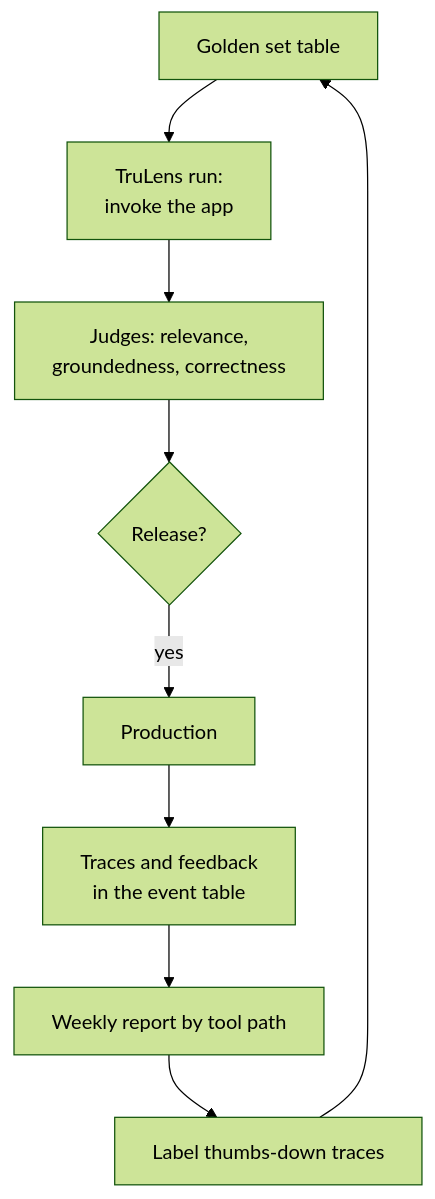
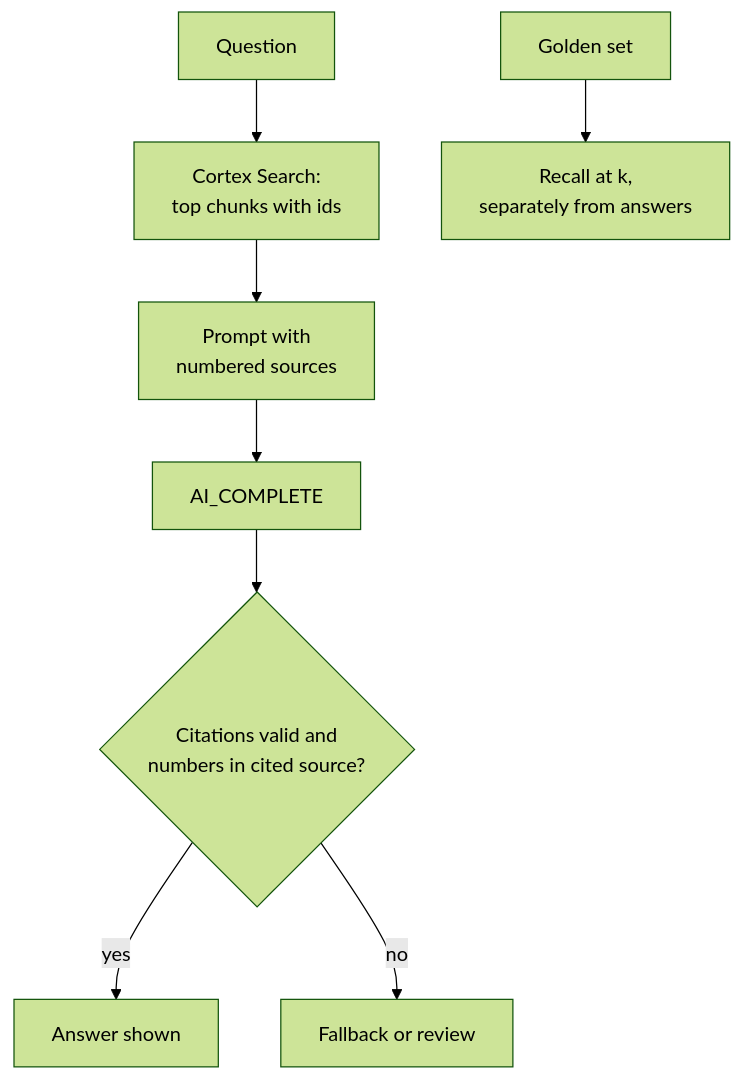
One commit to Abhi4972/AI-From-Zero-to-Hero changed the diagram in data/diagrams/a3314.mmd. Above: the diagram before and after it, drawn with Mermaid (forest theme). The commit also changed 74 other files, not shown here.

```diff
--- a/data/diagrams/a3314.mmd
+++ b/data/diagrams/a3314.mmd
@@ -1,10 +1,9 @@
-%% after: Before release: an evaluation run
+%% after: The pattern in Snowflake
 flowchart TD
-  GS["Golden set table"] --> RUN["TruLens run:<br/>invoke the app"]
-  RUN --> MET["Judges: relevance,<br/>groundedness, correctness"]
-  MET --> REL{"Release?"}
-  REL -->|"yes"| PROD["Production"]
-  PROD --> TRC["Traces and feedback<br/>in the event table"]
-  TRC --> WK["Weekly report by tool path"]
-  WK --> LAB["Label thumbs-down traces"]
-  LAB --> GS
+  Q["Question"] --> S["Cortex Search:<br/>top chunks with ids"]
+  S --> P["Prompt with<br/>numbered sources"]
+  P --> C["AI_COMPLETE"]
+  C --> V{"Citations valid and<br/>numbers in cited source?"}
+  V -->|"yes"| A["Answer shown"]
+  V -->|"no"| F["Fallback or review"]
+  G["Golden set"] --> R["Recall at k,<br/>separately from answers"]
```
